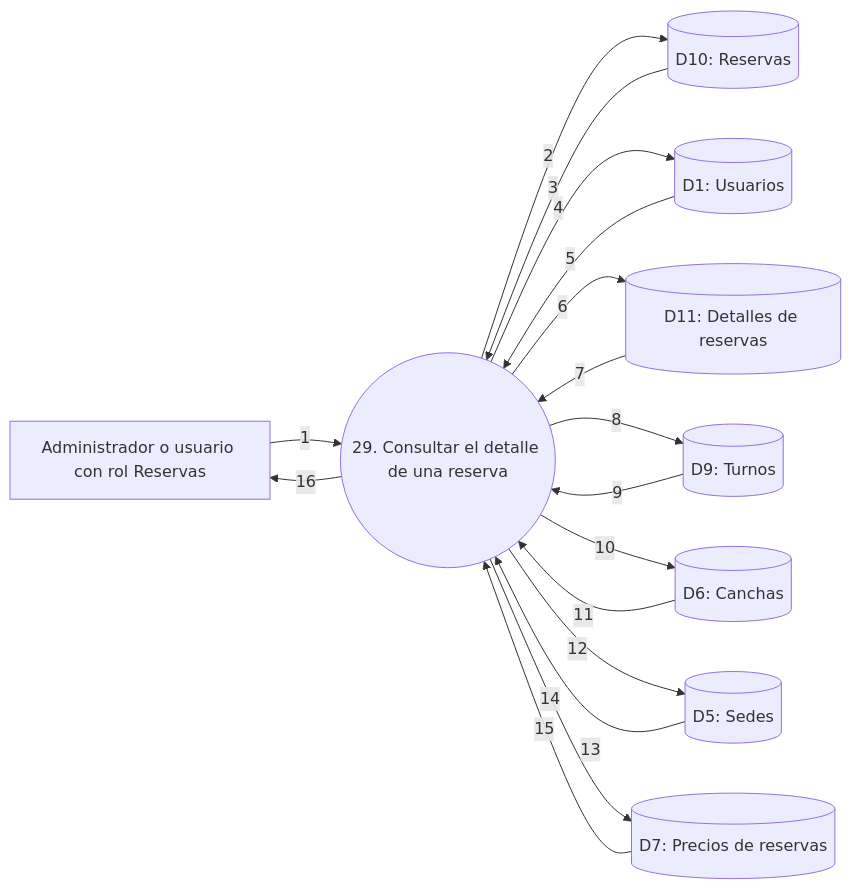
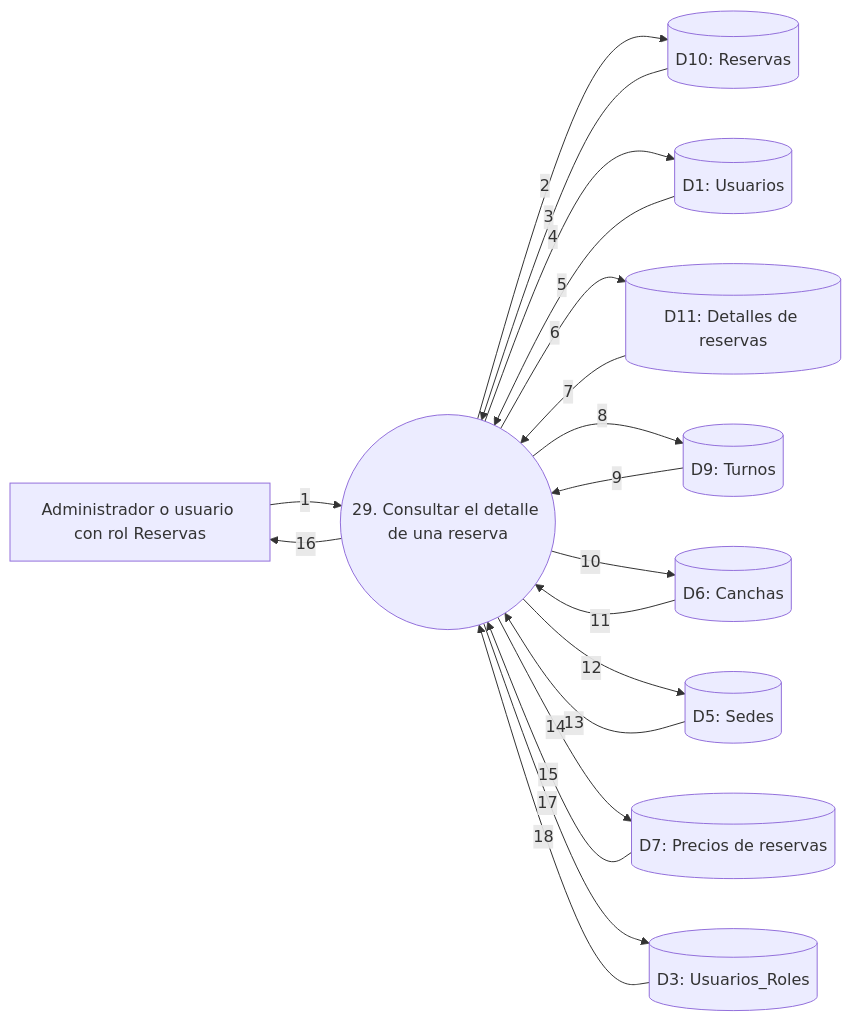
Diagram 29 of 30 in docs/DFD.md (fasempertegui/Matchpoint-Taller), drawn with Mermaid before and after one commit. The commit also changed other lines of this file and 10 other files, not shown here.

````diff
--- a/docs/DFD.md
+++ b/docs/DFD.md
@@ -842,29 +842,32 @@
 ```mermaid
 flowchart LR
     U[Administrador o usuario con rol Reservas]
     P((29. Consultar el detalle de una reserva))
     D1[(D1: Usuarios)]
+    D3[(D3: Usuarios_Roles)]
     D5[(D5: Sedes)]
     D6[(D6: Canchas)]
     D7[(D7: Precios de reservas)]
     D9[(D9: Turnos)]
     D10[(D10: Reservas)]
     D11[(D11: Detalles de reservas)]
 
     U -->|1| P
     P -->|2| D10
     D10 -->|3| P
     P -->|4| D1
     D1 -->|5| P
     P -->|6| D11
     D11 -->|7| P
     P -->|8| D9
     D9 -->|9| P
     P -->|10| D6
     D6 -->|11| P
     P -->|12| D5
     D5 -->|13| P
     P -->|14| D7
     D7 -->|15| P
     P -->|16| U
+    P -->|17| D3
+    D3 -->|18| P
 ```
````
